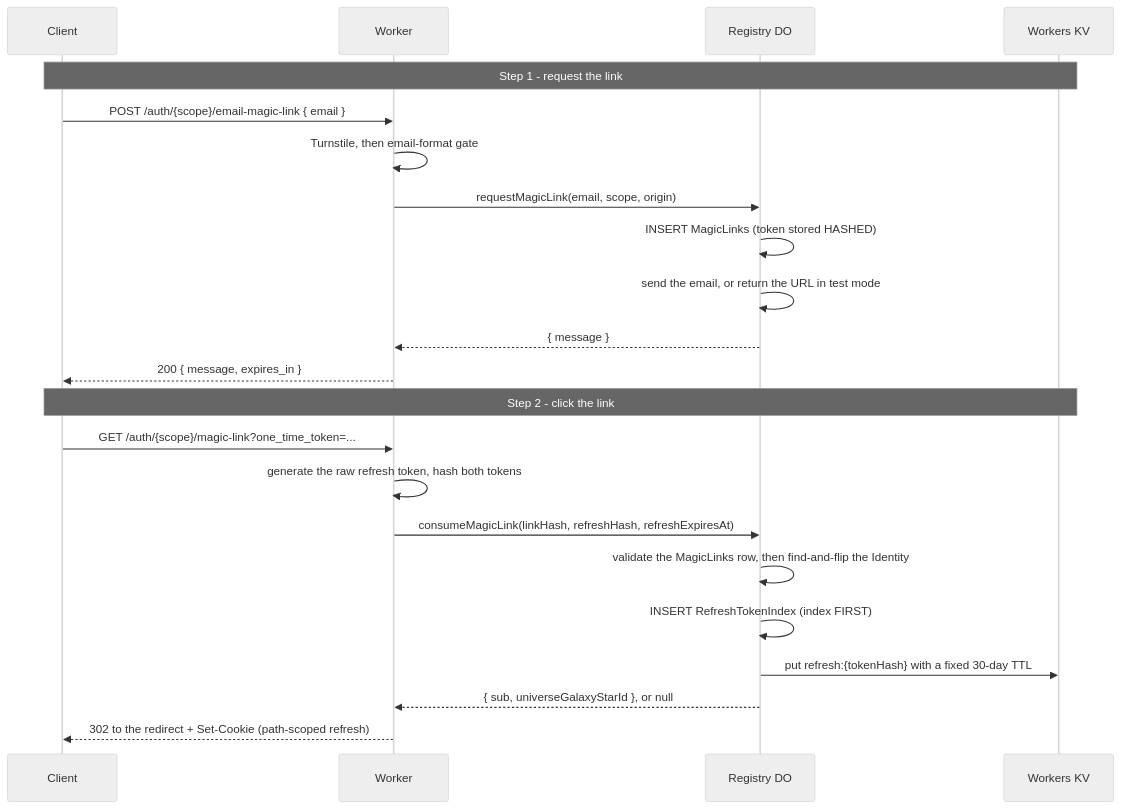
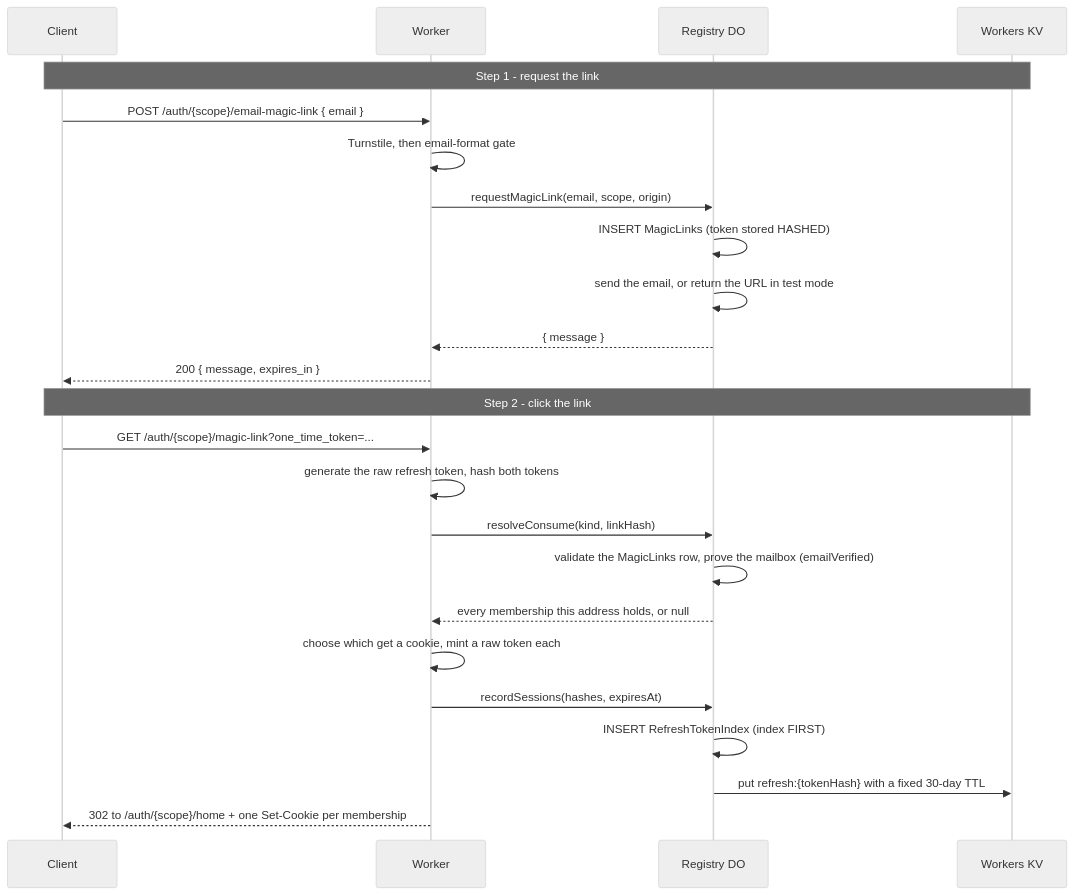
One commit to lumenize/lumenize changed the second of 8 diagrams in packages/nebula-auth/README.md. Above: the diagram before and after it, drawn with Mermaid (neutral theme). The commit also changed other lines of this file and 5 other files, not shown here.

````diff
--- a/packages/nebula-auth/README.md
+++ b/packages/nebula-auth/README.md
@@ -214,26 +216,28 @@
 ```mermaid
 sequenceDiagram
     participant C as Client
     participant W as Worker
     participant R as Registry DO
     participant KV as Workers KV
 
     Note over C,KV: Step 1 - request the link
     C->>W: POST /auth/{scope}/email-magic-link { email }
     W->>W: Turnstile, then email-format gate
     W->>R: requestMagicLink(email, scope, origin)
     R->>R: INSERT MagicLinks (token stored HASHED)
     R->>R: send the email, or return the URL in test mode
     R-->>W: { message }
     W-->>C: 200 { message, expires_in }
 
     Note over C,KV: Step 2 - click the link
     C->>W: GET /auth/{scope}/magic-link?one_time_token=...
     W->>W: generate the raw refresh token, hash both tokens
-    W->>R: consumeMagicLink(linkHash, refreshHash, refreshExpiresAt)
-    R->>R: validate the MagicLinks row, then find-and-flip the Identity
+    W->>R: resolveConsume(kind, linkHash)
+    R->>R: validate the MagicLinks row, prove the mailbox (emailVerified)
+    R-->>W: every membership this address holds, or null
+    W->>W: choose which get a cookie, mint a raw token each
+    W->>R: recordSessions(hashes, expiresAt)
     R->>R: INSERT RefreshTokenIndex (index FIRST)
     R->>KV: put refresh:{tokenHash} with a fixed 30-day TTL
-    R-->>W: { sub, universeGalaxyStarId }, or null
-    W-->>C: 302 to the redirect + Set-Cookie (path-scoped refresh)
+    W-->>C: 302 to /auth/{scope}/home + one Set-Cookie per membership
 ```
````
